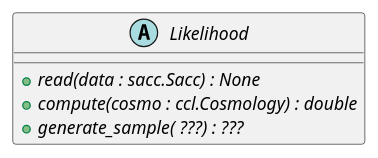
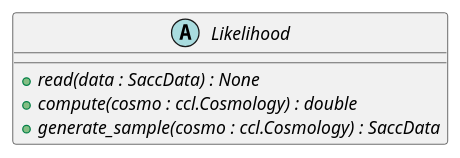
Before and after one commit to LSSTDESC/firecrown: the diagram in firecrown/ccl/docs/likelihood_frag.iuml, drawn with PlantUML. The commit also changed 3 other files, not shown here.

Commit message:
Start introduction of SaccData type

```diff
--- a/firecrown/ccl/docs/likelihood_frag.iuml
+++ b/firecrown/ccl/docs/likelihood_frag.iuml
@@ -1,5 +1,5 @@
 abstract class Likelihood {
-  + {abstract} read(data : sacc.Sacc) : None
+  + {abstract} read(data : SaccData) : None
   + {abstract} compute(cosmo : ccl.Cosmology) : double
-  + {abstract} generate_sample( ???) : ???
+  + {abstract} generate_sample(cosmo : ccl.Cosmology) : SaccData
 }
```
